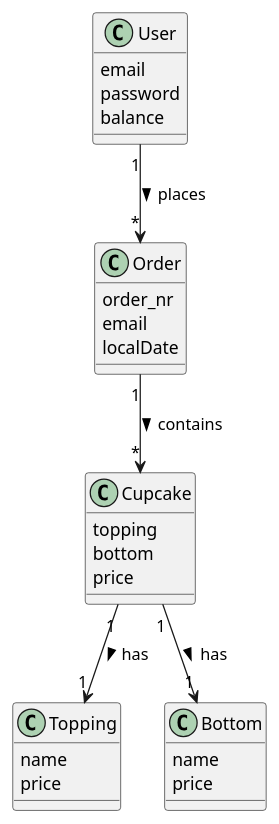
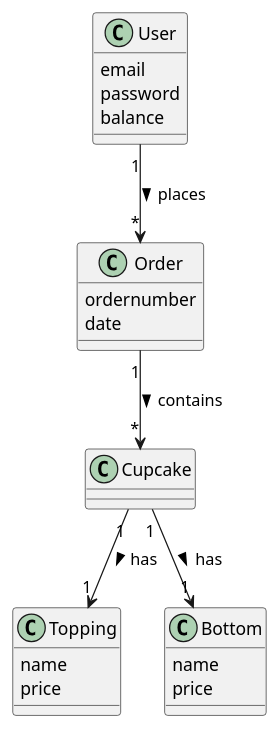
Before and after one commit to MariamE04/CupCakeProjekt: the diagram in UML/CupCake.puml, drawn with PlantUML. The commit also changed 1 other file, not shown here.

```diff
--- a/UML/CupCake.puml
+++ b/UML/CupCake.puml
@@ -1,34 +1,30 @@
 @startuml
-class Order {
-   order_nr
-   email
-   localDate
+Class Order {
+   ordernumber
+   date
 }
 
 class User {
    email
    password
    balance
 }
 
 class Cupcake {
-   topping
-    bottom
-    price
 }
 
 class Topping {
     name
     price
 }
 
 class Bottom {
    name
    price
 }
 
 User "1" --> "*" Order : places >
 Order "1" --> "*" Cupcake : contains >
 Cupcake "1" --> "1" Topping : has >
 Cupcake "1" --> "1" Bottom : has >
 @enduml
```
